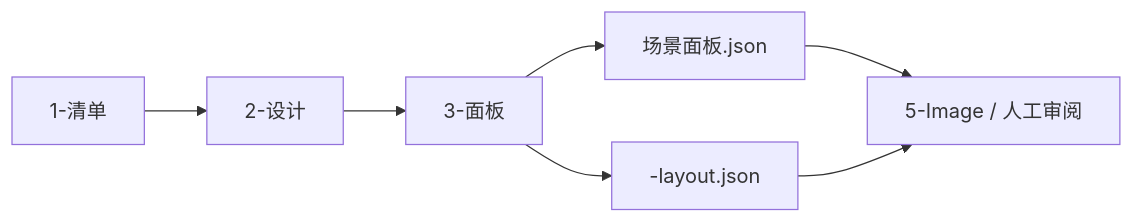
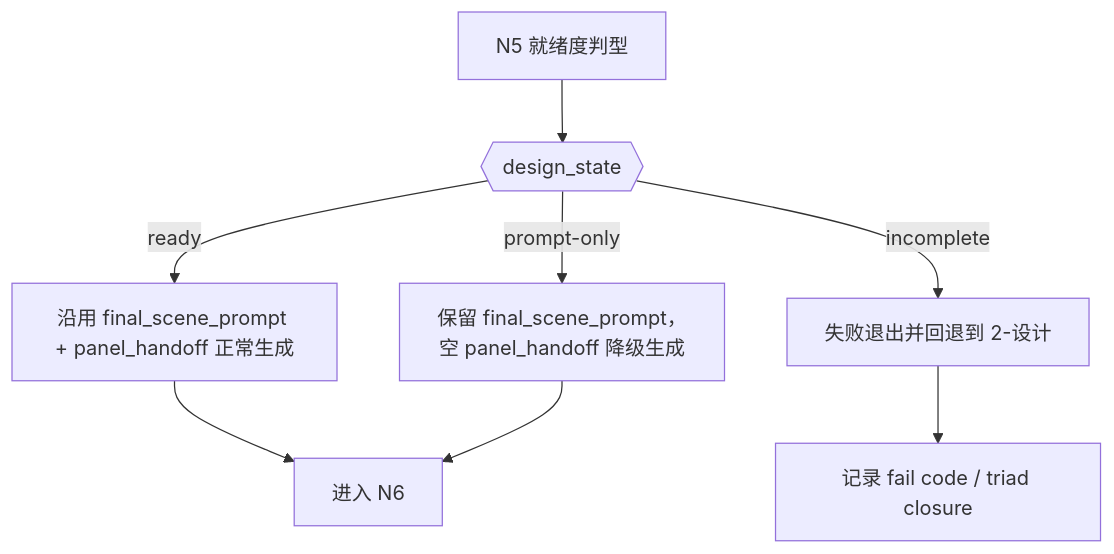
One commit to ZEN-VOID/AI-CUT changed the second of 4 diagrams in .agents/skills/aigc/4-Design/1-场景/3-面板/SKILL.md. Above: the diagram before and after it, drawn with Mermaid. The commit also changed other lines of this file and 182 other files, not shown here.

````diff
--- a/.agents/skills/aigc/4-Design/1-场景/3-面板/SKILL.md
+++ b/.agents/skills/aigc/4-Design/1-场景/3-面板/SKILL.md
@@ -72,9 +165,10 @@
 ```mermaid
-flowchart LR
-    A["1-清单"] --> B["2-设计"]
-    B --> C["3-面板"]
-    C --> D["场景面板.json"]
-    C --> E["<scene_key>-layout.json"]
-    D --> F["5-Image / 人工审阅"]
-    E --> F
+flowchart TD
+    A["N5 就绪度判型"] --> B{{"design_state"}}
+    B -->|"ready"| C["沿用 final_scene_prompt + panel_handoff 正常生成"]
+    B -->|"prompt-only"| D["保留 final_scene_prompt，空 panel_handoff 降级生成"]
+    B -->|"incomplete"| E["失败退出并回退到 2-设计"]
+    C --> F["进入 N6"]
+    D --> F
+    E --> G["记录 fail code / triad closure"]
 ```
````
